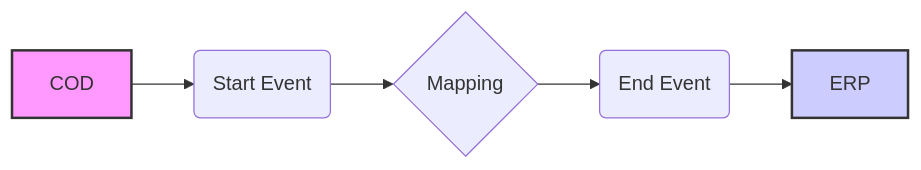
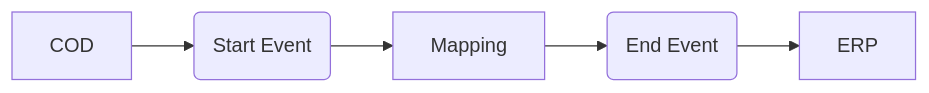
The diagram in MMZ - Cell Iflows/Check_Connectivity_to_SAP_Business_Suite_MMZ-1.0.4/readme.md (Avvale-IA-CICD/AvvaleCPI), drawn with Mermaid before and after one commit. The commit also changed other lines of this file, not shown here.

````diff
--- a/MMZ - Cell Iflows/Check_Connectivity_to_SAP_Business_Suite_MMZ-1.0.4/readme.md
+++ b/MMZ - Cell Iflows/Check_Connectivity_to_SAP_Business_Suite_MMZ-1.0.4/readme.md
@@ -4,9 +4,7 @@
 ```mermaid
 graph LR
-    A[COD] --> B(Start Event)
-    B --> C{Mapping}
-    C --> D(End Event)
-    D --> E[ERP]
-    style A fill:#f9f,stroke:#333,stroke-width:2px
-    style E fill:#ccf,stroke:#333,stroke-width:2px
+    COD[COD] --> StartEvent(Start Event)
+    StartEvent --> Mapping[Mapping]
+    Mapping --> EndEvent(End Event)
+    EndEvent --> ERP[ERP]
 ```
````
